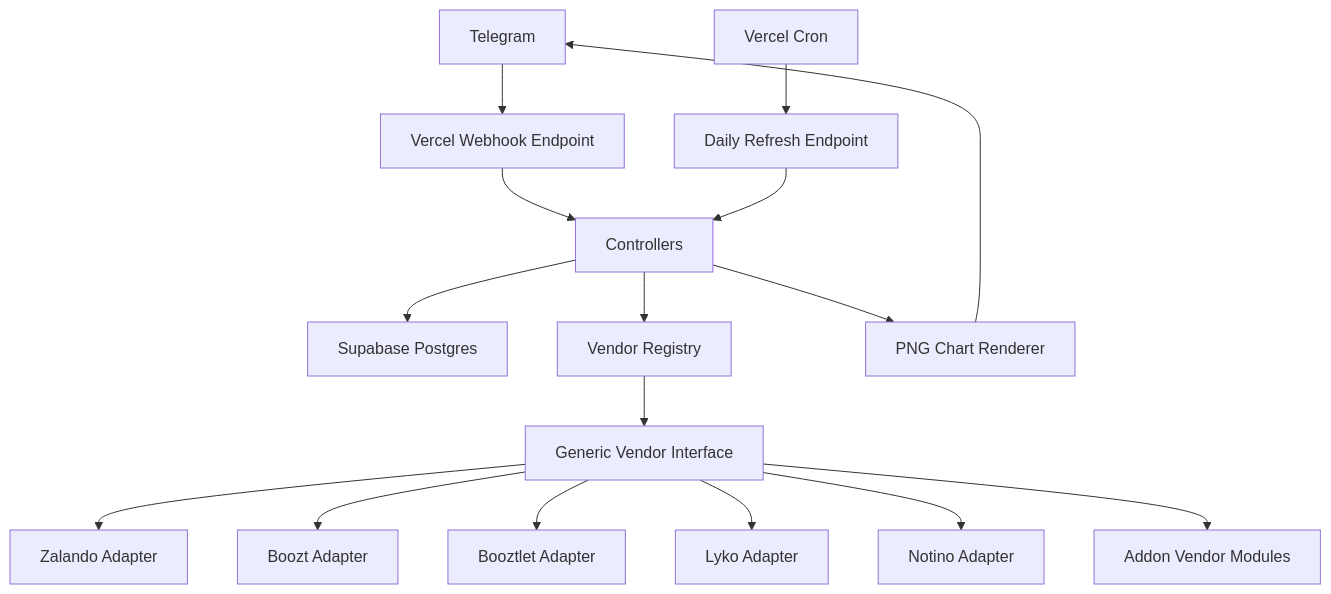
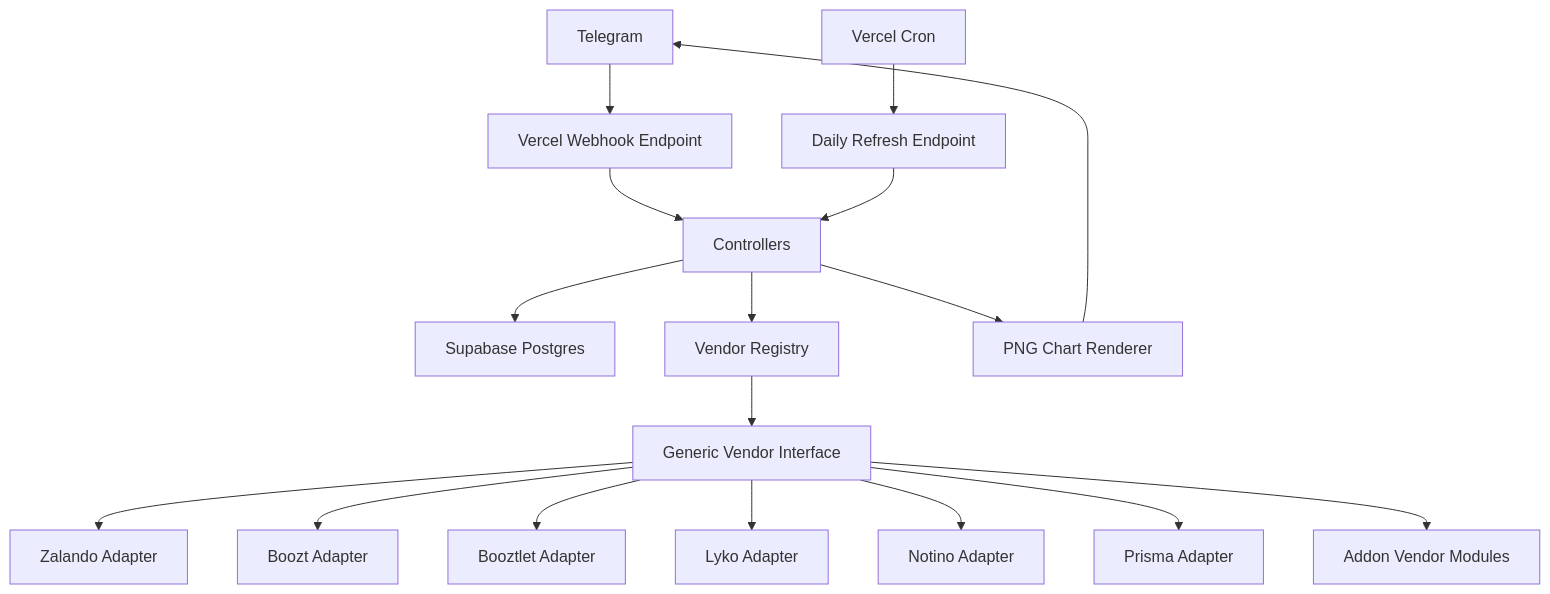
One commit to minhdangphuoc/ecom-product-price-telegram-bot changed the diagram in README.md. Above: the diagram before and after it, drawn with Mermaid. The commit also changed other lines of this file and 3 other files, not shown here.

````diff
--- a/README.md
+++ b/README.md
@@ -33,18 +34,19 @@
 ```mermaid
 flowchart TD
     TG["Telegram"] --> WEBHOOK["Vercel Webhook Endpoint"]
     CRON["Vercel Cron"] --> DAILY["Daily Refresh Endpoint"]
     WEBHOOK --> CTRL["Controllers"]
     DAILY --> CTRL
     CTRL --> DB["Supabase Postgres"]
     CTRL --> REG["Vendor Registry"]
     REG --> GV["Generic Vendor Interface"]
     GV --> Z["Zalando Adapter"]
     GV --> B["Boozt Adapter"]
     GV --> BL["Booztlet Adapter"]
     GV --> L["Lyko Adapter"]
     GV --> N["Notino Adapter"]
+    GV --> P["Prisma Adapter"]
     GV --> ADDON["Addon Vendor Modules"]
     CTRL --> CHART["PNG Chart Renderer"]
     CHART --> TG
 ```
````
